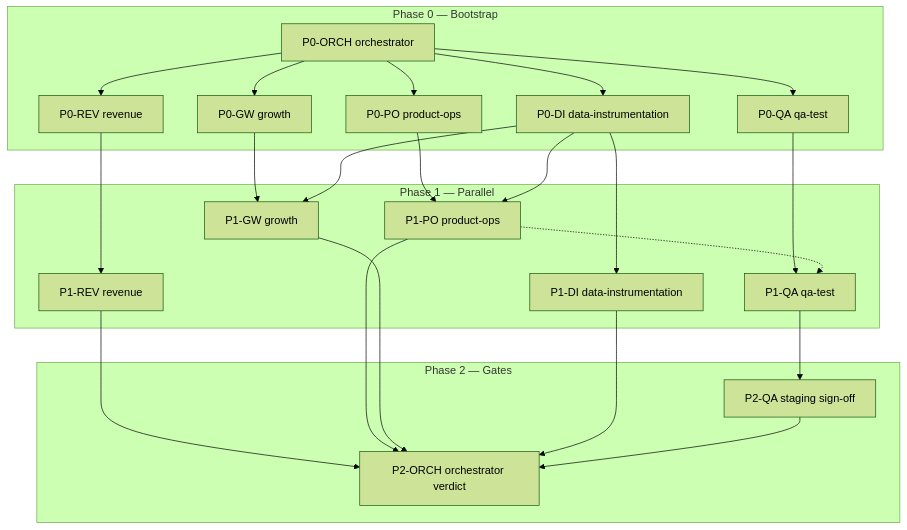
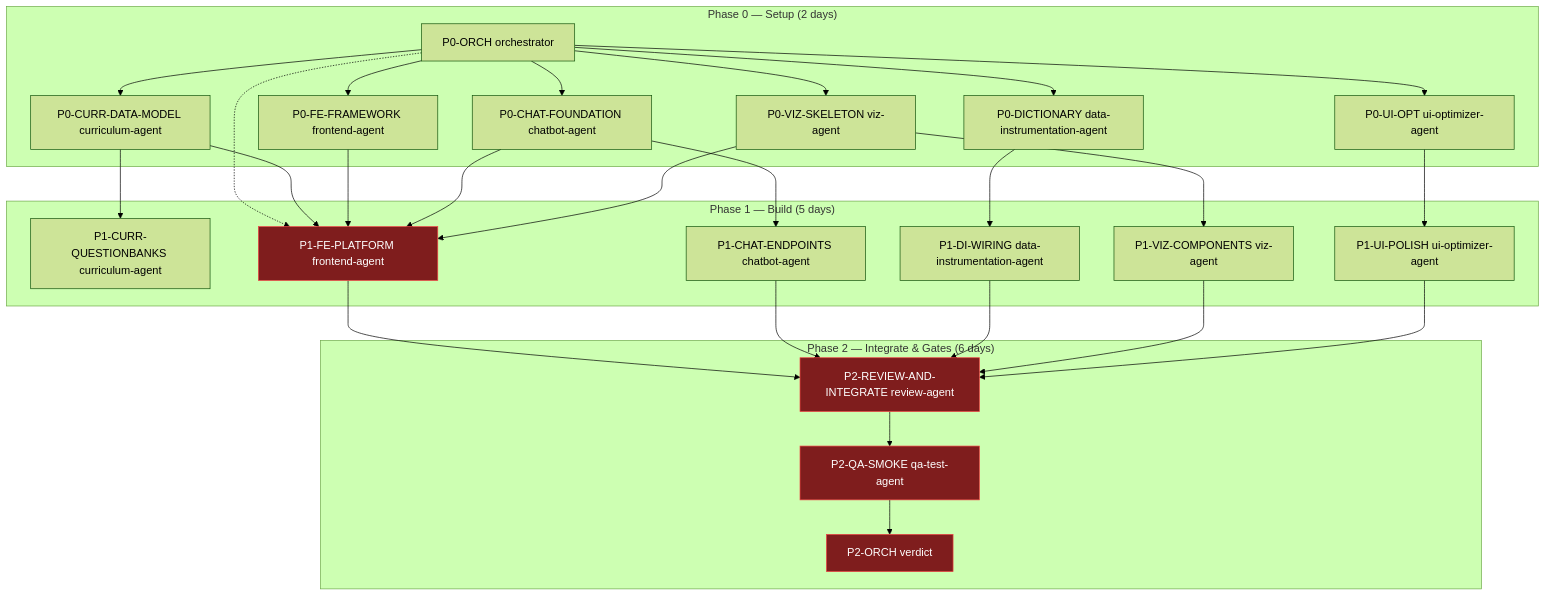
One commit to AbdulBasith29/Dataspark changed the diagram in docs/DEPENDENCY-GRAPH.md. Above: the diagram before and after it, drawn with Mermaid (forest theme). The commit also changed other lines of this file and 31 other files, not shown here.

First line of the commit message:
Platform polish, secure AI routes, IDE-style SQL joins viz

````diff
--- a/docs/DEPENDENCY-GRAPH.md
+++ b/docs/DEPENDENCY-GRAPH.md
@@ -17,43 +17,54 @@
 ```mermaid
 flowchart TB
-  subgraph P0["Phase 0 — Bootstrap"]
+  subgraph P0["Phase 0 — Setup (2 days)"]
     ORCH[P0-ORCH orchestrator]
-    PO0[P0-PO product-ops]
-    GW0[P0-GW growth]
-    QA0[P0-QA qa-test]
-    DI0[P0-DI data-instrumentation]
-    REV0[P0-REV revenue]
-    ORCH --> PO0
-    ORCH --> GW0
-    ORCH --> QA0
+    CURR0[P0-CURR-DATA-MODEL curriculum-agent]
+    FE0[P0-FE-FRAMEWORK frontend-agent]
+    CHAT0[P0-CHAT-FOUNDATION chatbot-agent]
+    DI0[P0-DICTIONARY data-instrumentation-agent]
+    VIZ0[P0-VIZ-SKELETON viz-agent]
+    UI0[P0-UI-OPT ui-optimizer-agent]
+    ORCH --> CURR0
+    ORCH --> FE0
+    ORCH --> CHAT0
     ORCH --> DI0
-    ORCH --> REV0
+    ORCH --> VIZ0
+    ORCH --> UI0
   end
 
-  subgraph P1["Phase 1 — Parallel"]
-    PO1[P1-PO product-ops]
-    GW1[P1-GW growth]
-    QA1[P1-QA qa-test]
-    DI1[P1-DI data-instrumentation]
-    REV1[P1-REV revenue]
-    PO0 --> PO1
-    DI0 --> PO1
-    GW0 --> GW1
-    DI0 --> GW1
-    QA0 --> QA1
-    PO1 -.-> QA1
+  subgraph P1["Phase 1 — Build (5 days)"]
+    CURR1[P1-CURR-QUESTIONBANKS curriculum-agent]
+    FE1[P1-FE-PLATFORM frontend-agent]
+    CHAT1[P1-CHAT-ENDPOINTS chatbot-agent]
+    DI1[P1-DI-WIRING data-instrumentation-agent]
+    VIZ1[P1-VIZ-COMPONENTS viz-agent]
+    UI1[P1-UI-POLISH ui-optimizer-agent]
+    ORCH -.-> FE1
+    CURR0 --> FE1
+    CURR0 --> CURR1
+    FE0 --> FE1
+    CHAT0 --> CHAT1
+    CHAT0 --> FE1
     DI0 --> DI1
-    REV0 --> REV1
+    VIZ0 --> VIZ1
+    VIZ0 --> FE1
+    UI0 --> UI1
   end
 
-  subgraph P2["Phase 2 — Gates"]
-    QA2[P2-QA staging sign-off]
-    ORCH2[P2-ORCH orchestrator verdict]
-    QA1 --> QA2
-    REV1 --> ORCH2
-    PO1 --> ORCH2
-    GW1 --> ORCH2
-    DI1 --> ORCH2
+  subgraph P2["Phase 2 — Integrate & Gates (6 days)"]
+    REV2[P2-REVIEW-AND-INTEGRATE review-agent]
+    QA2[P2-QA-SMOKE qa-test-agent]
+    ORCH2[P2-ORCH verdict]
+    FE1 --> REV2
+    CHAT1 --> REV2
+    DI1 --> REV2
+    VIZ1 --> REV2
+    UI1 --> REV2
+    REV2 --> QA2
     QA2 --> ORCH2
   end
+
+  %% Styling critical path: FE1 -> REV2 -> QA2 -> ORCH2
+  classDef crit fill:#7f1d1d,stroke:#ef4444,color:#fff;
+  class FE1,REV2,QA2,ORCH2 crit;
 ```
````
